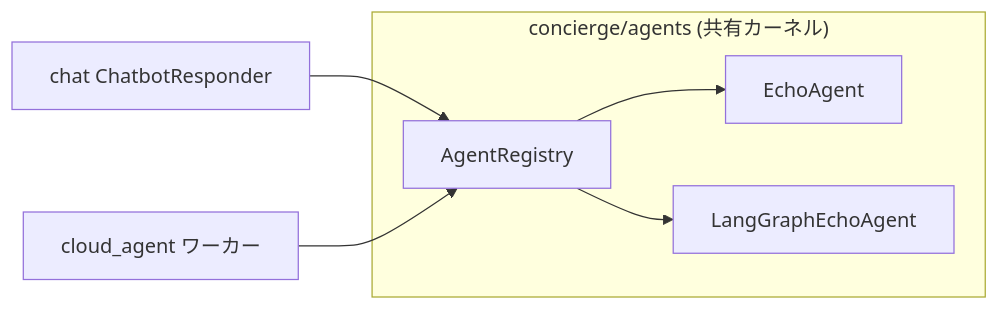
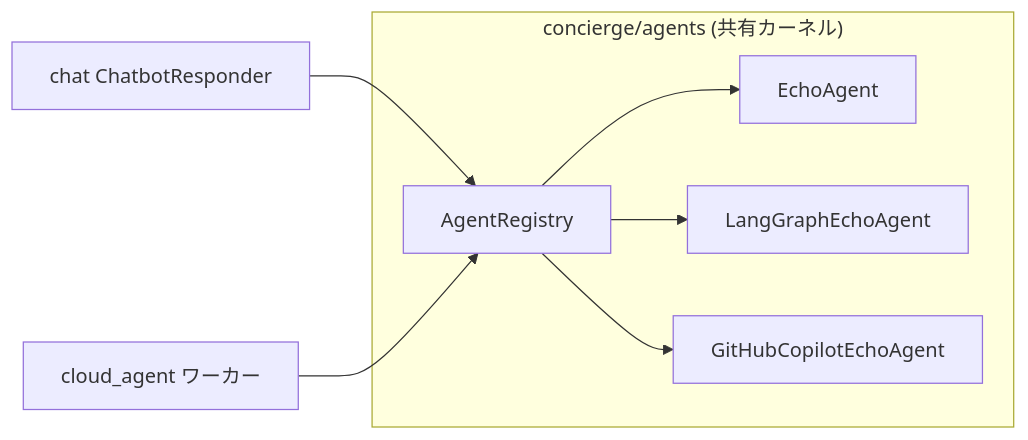
The diagram in docs/agents/index.ja.md (ks6088ts-labs/concierge), drawn with Mermaid before and after one commit. The commit also changed other lines of this file and 17 other files, not shown here.

First line of the commit message:
feat(agents): add github-copilot-echo agent with sdk wiring and tests

````diff
--- a/docs/agents/index.ja.md
+++ b/docs/agents/index.ja.md
@@ -13,12 +13,14 @@
 ```mermaid
 flowchart LR
     chat[chat ChatbotResponder] --> Registry
     cloud_agent[cloud_agent ワーカー] --> Registry
     Registry[AgentRegistry] --> Echo[EchoAgent]
     Registry --> LGE[LangGraphEchoAgent]
+    Registry --> GCE[GitHubCopilotEchoAgent]
     subgraph agents["concierge/agents (共有カーネル)"]
         Registry
         Echo
         LGE
+        GCE
     end
 ```
````
